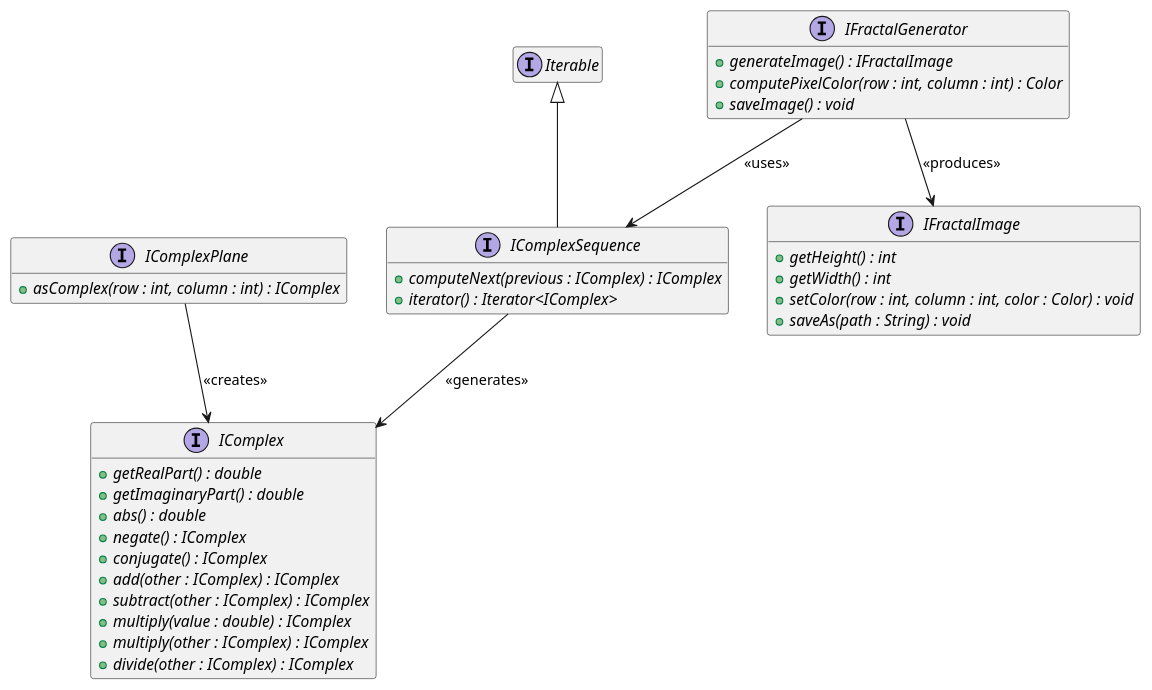
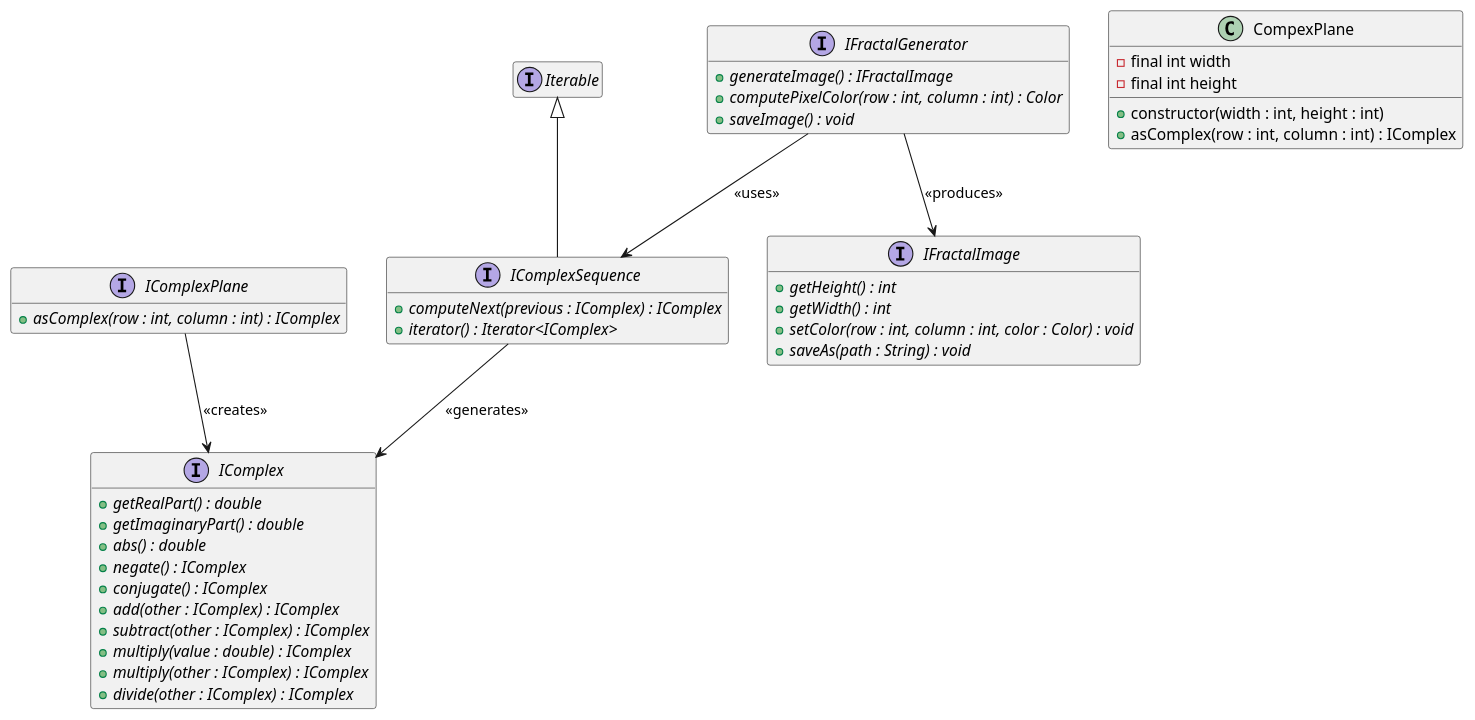
Before and after one commit to ThibautVermersch/Fractalens: the diagram in README.md, drawn with PlantUML.

Commit message:
Modification du Readme #2

````diff
--- a/README.md
+++ b/README.md
@@ -13,61 +13,68 @@
 ```plantuml
 hide empty members
 
 ' --------------- '
 ' Complex Numbers '
 ' --------------- '
 
 interface IComplex {
     + {abstract} getRealPart() : double
     + {abstract} getImaginaryPart() : double
     + {abstract} abs() : double
     + {abstract} negate() : IComplex
     + {abstract} conjugate() : IComplex
     + {abstract} add(other : IComplex) : IComplex
     + {abstract} subtract(other : IComplex) : IComplex
     + {abstract} multiply(value : double) : IComplex
     + {abstract} multiply(other : IComplex) : IComplex
     + {abstract} divide(other : IComplex) : IComplex
 }
 
 interface IComplexPlane {
     + {abstract} asComplex(row : int, column : int) : IComplex
+}
+
+class CompexPlane {
+    - final int width
+    - final int height
+    + constructor(width : int, height : int) 
+    + asComplex(row : int, column : int) : IComplex 
 }
 
 IComplexPlane --> IComplex : << creates >>
 
 ' ----------------- '
 ' Complex Sequences '
 ' ----------------- '
 
 interface IComplexSequence extends Iterable<IComplex> {
     + {abstract} computeNext(previous : IComplex) : IComplex
     + {abstract} iterator() : Iterator<IComplex>
 }
 
 IComplexSequence --> IComplex : << generates >>
 
 ' -------------- '
 ' Image Handling '
 ' -------------- '
 
 interface IFractalImage {
     + {abstract} getHeight() : int
     + {abstract} getWidth() : int
     + {abstract} setColor(row : int, column : int, color : Color) : void
     + {abstract} saveAs(path : String) : void
 }
 
 ' ------------------ '
 ' Fractal Generation '
 ' ------------------ '
 
 interface IFractalGenerator {
     + {abstract} generateImage() : IFractalImage
     + {abstract} computePixelColor(row : int, column : int) : Color
     + {abstract} saveImage() : void
 }
 
 IFractalGenerator --> IFractalImage : << produces >>
 IFractalGenerator --> IComplexSequence : << uses >>
 ```
````
